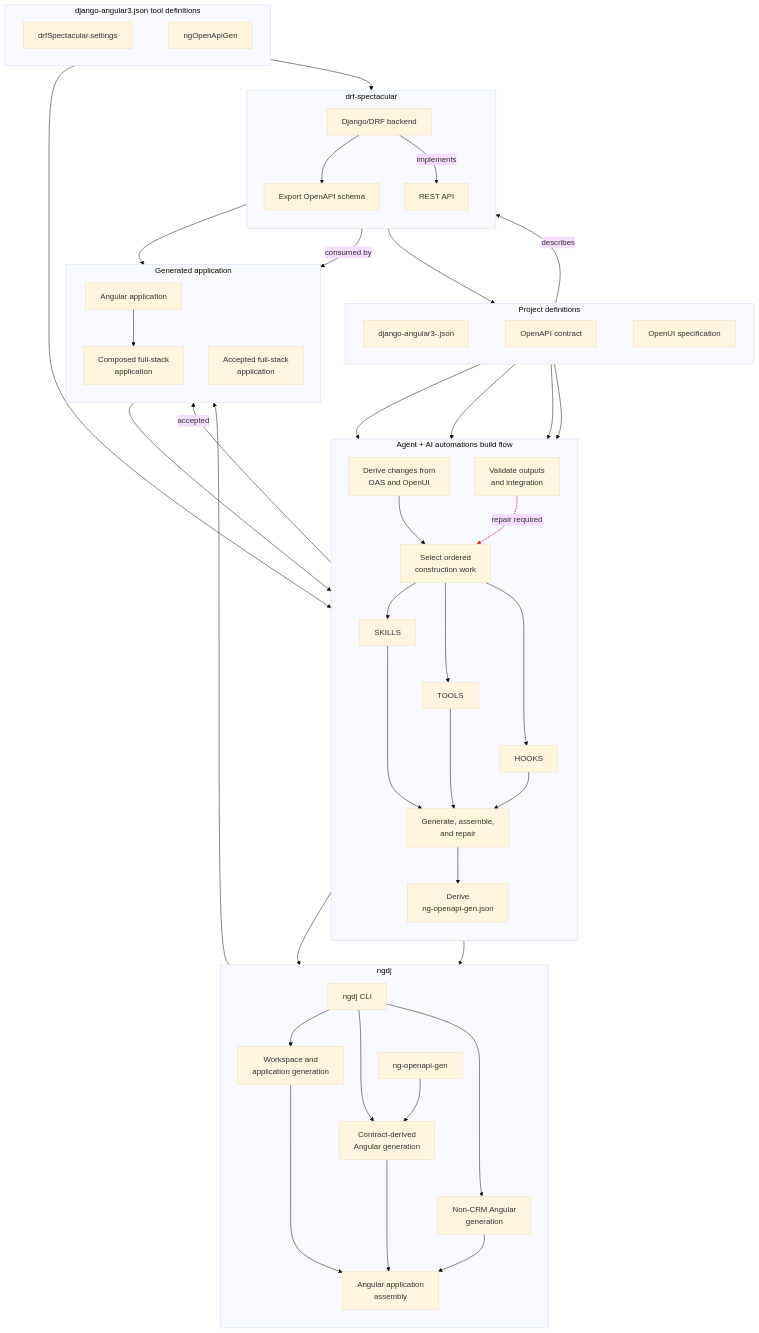
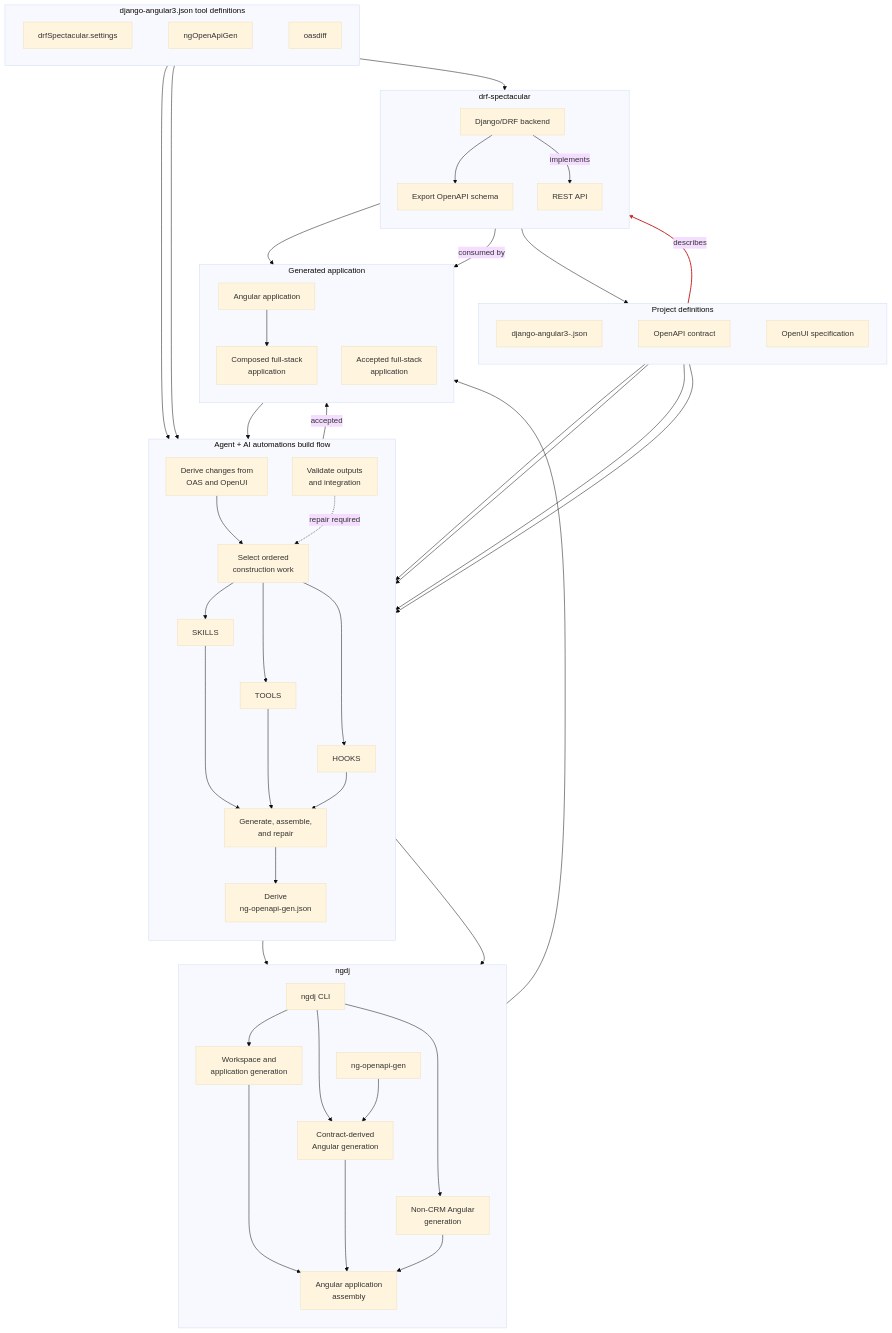
Before and after one commit to shlomoa/django-angular3: the first of 2 diagrams in doc/REQUIREMENTS.md, drawn with Mermaid (base theme). The commit also changed other lines of this file and 16 other files, not shown here.

```diff
--- a/doc/REQUIREMENTS.md
+++ b/doc/REQUIREMENTS.md
@@ -535,8 +537,9 @@
     direction LR
     DRFSETTINGS["drfSpectacular.settings"]
     NGOPENAPISETTINGS["ngOpenApiGen"]
+    OASDIFFSETTINGS["oasdiff"]
 
-    DRFSETTINGS ~~~ NGOPENAPISETTINGS
+    DRFSETTINGS ~~~ NGOPENAPISETTINGS ~~~ OASDIFFSETTINGS
   end
 
   subgraph DRF["drf-spectacular"]
@@ -622,6 +625,7 @@
   PROJECT --> NGCONFIG
   OAS --> NGCONFIG
   NGOPENAPISETTINGS --> NGCONFIG
+  OASDIFFSETTINGS --> DERIVE
 
   %% Generation flow
   EXECUTE --> CLI
```
